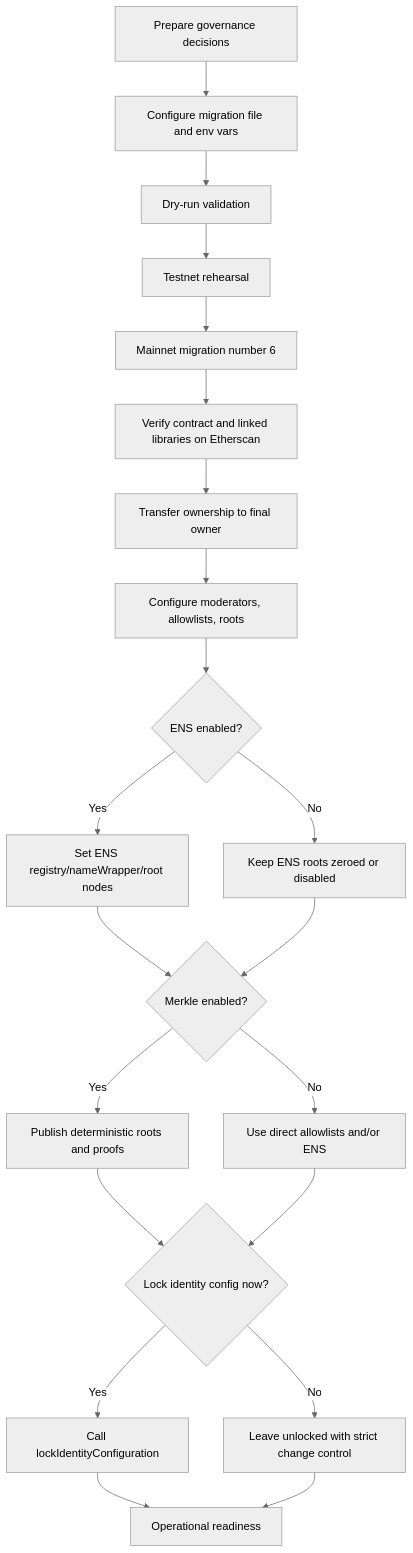
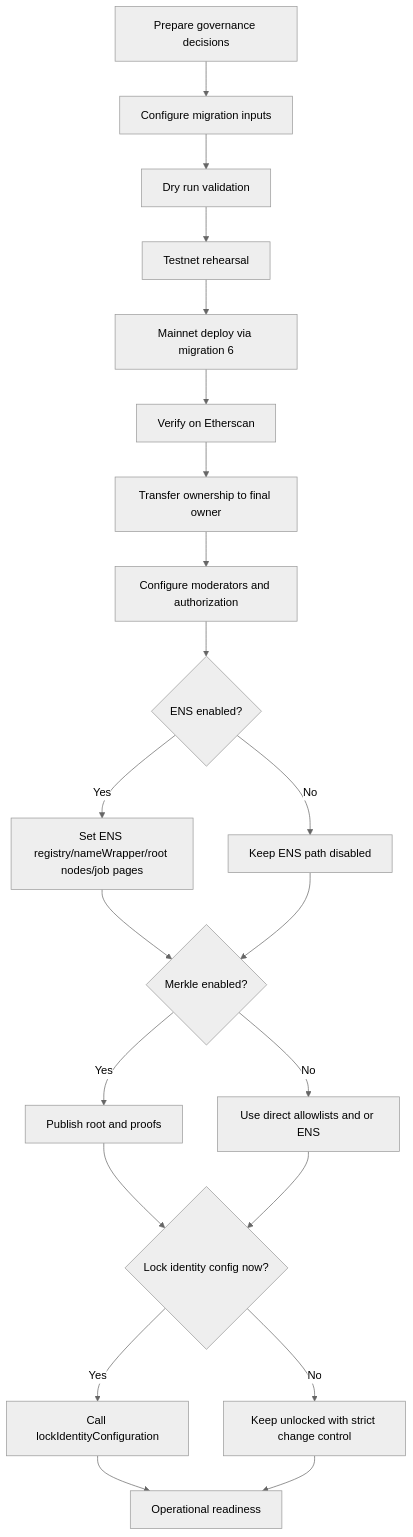
The first of 4 diagrams in docs/DEPLOYMENT/OWNER_MAINNET_DEPLOYMENT_AND_OPERATIONS_GUIDE.md (MontrealAI/AGIJobManager), drawn with Mermaid (neutral theme) before and after one commit. The commit also changed other lines of this file and 1 other file, not shown here.

Commit message:
docs: expand owner mainnet deployment and operations guide

````diff
--- a/docs/DEPLOYMENT/OWNER_MAINNET_DEPLOYMENT_AND_OPERATIONS_GUIDE.md
+++ b/docs/DEPLOYMENT/OWNER_MAINNET_DEPLOYMENT_AND_OPERATIONS_GUIDE.md
@@ -106,23 +93,23 @@
 ```mermaid
 flowchart TD
-  A[Prepare governance decisions] --> B[Configure migration file and env vars]
-  B --> C[Dry-run validation]
+  A[Prepare governance decisions] --> B[Configure migration inputs]
+  B --> C[Dry run validation]
   C --> D[Testnet rehearsal]
-  D --> E[Mainnet migration number 6]
-  E --> F[Verify contract and linked libraries on Etherscan]
+  D --> E[Mainnet deploy via migration 6]
+  E --> F[Verify on Etherscan]
   F --> G[Transfer ownership to final owner]
-  G --> H[Configure moderators, allowlists, roots]
+  G --> H[Configure moderators and authorization]
   H --> I{ENS enabled?}
-  I -->|Yes| I1[Set ENS registry/nameWrapper/root nodes]
-  I -->|No| I2[Keep ENS roots zeroed or disabled]
+  I -->|Yes| I1[Set ENS registry/nameWrapper/root nodes/job pages]
+  I -->|No| I2[Keep ENS path disabled]
   I1 --> J{Merkle enabled?}
   I2 --> J
-  J -->|Yes| J1[Publish deterministic roots and proofs]
-  J -->|No| J2[Use direct allowlists and/or ENS]
+  J -->|Yes| J1[Publish root and proofs]
+  J -->|No| J2[Use direct allowlists and or ENS]
   J1 --> K{Lock identity config now?}
   J2 --> K
   K -->|Yes| K1[Call lockIdentityConfiguration]
-  K -->|No| K2[Leave unlocked with strict change control]
+  K -->|No| K2[Keep unlocked with strict change control]
   K1 --> L[Operational readiness]
   K2 --> L
 ```
````
